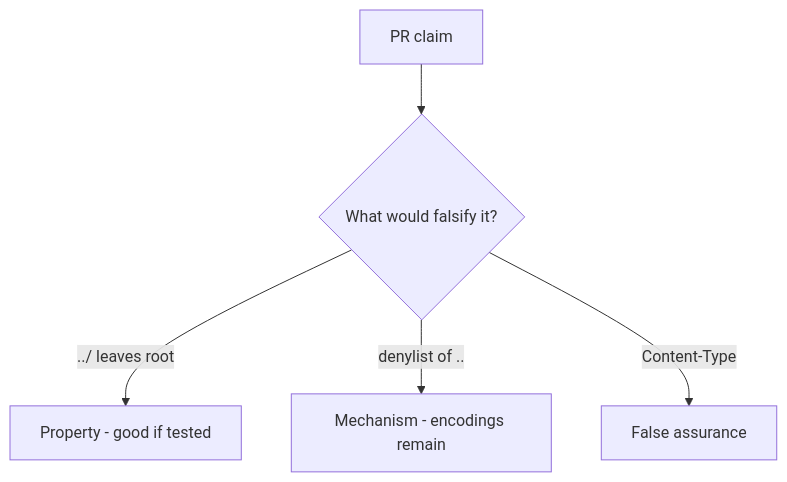
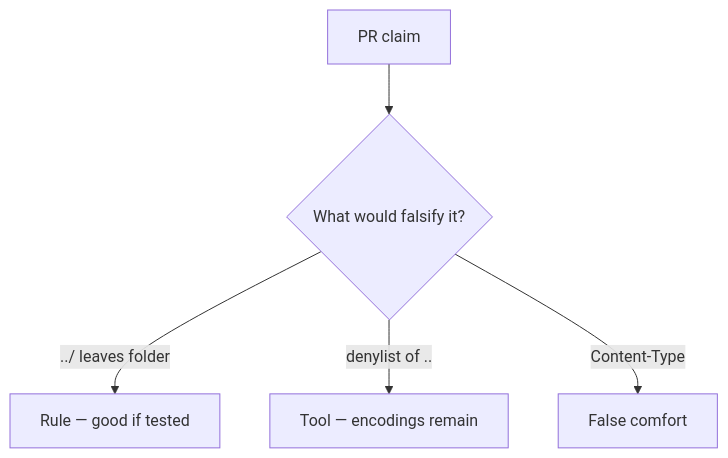
The diagram in content/modules/6/6.4/lessons/08-review.md (ishitvagoel/LearnSecurity), drawn with Mermaid before and after one commit. The commit also changed other lines of this file and 55 other files, not shown here.

````diff
--- a/content/modules/6/6.4/lessons/08-review.md
+++ b/content/modules/6/6.4/lessons/08-review.md
@@ -17,7 +18,7 @@
 ```mermaid
 flowchart TD
   Claim[PR claim] --> Q{"What would falsify it?"}
-  Q -->|"../ leaves root"| Property["Property - good if tested"]
-  Q -->|"denylist of .."| Mechanism[Mechanism - encodings remain]
-  Q -->|"Content-Type"| False[False assurance]
+  Q -->|"../ leaves folder"| Property["Rule — good if tested"]
+  Q -->|"denylist of .."| Mechanism[Tool — encodings remain]
+  Q -->|"Content-Type"| False[False comfort]
 ```
````
